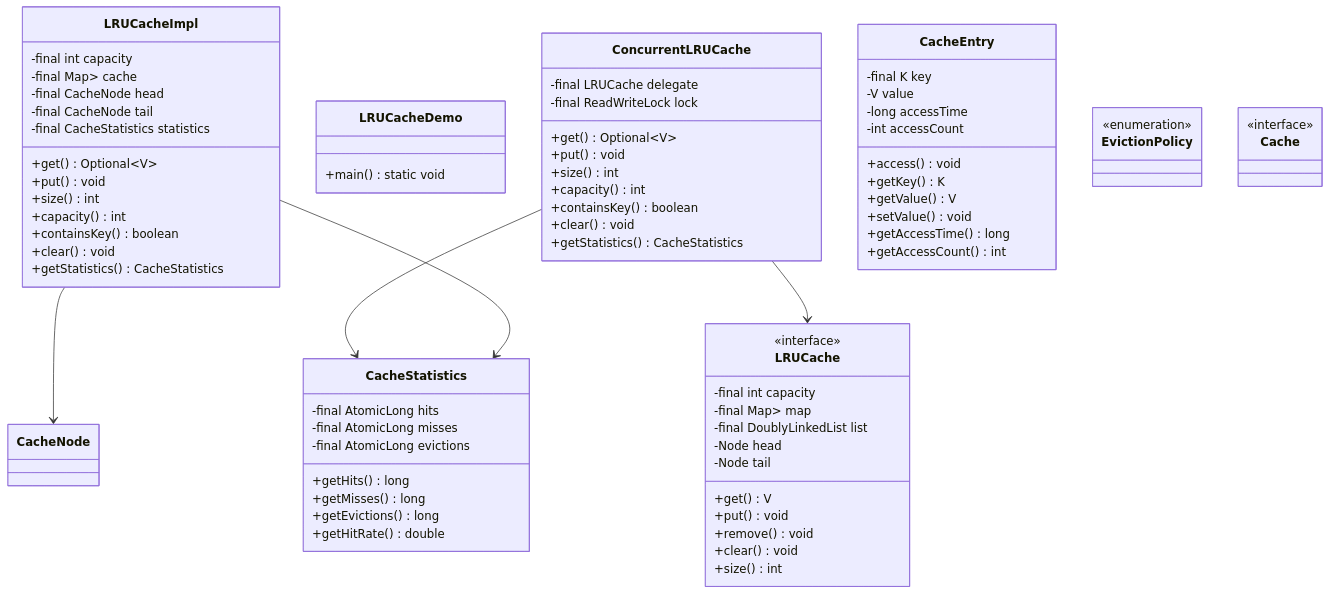
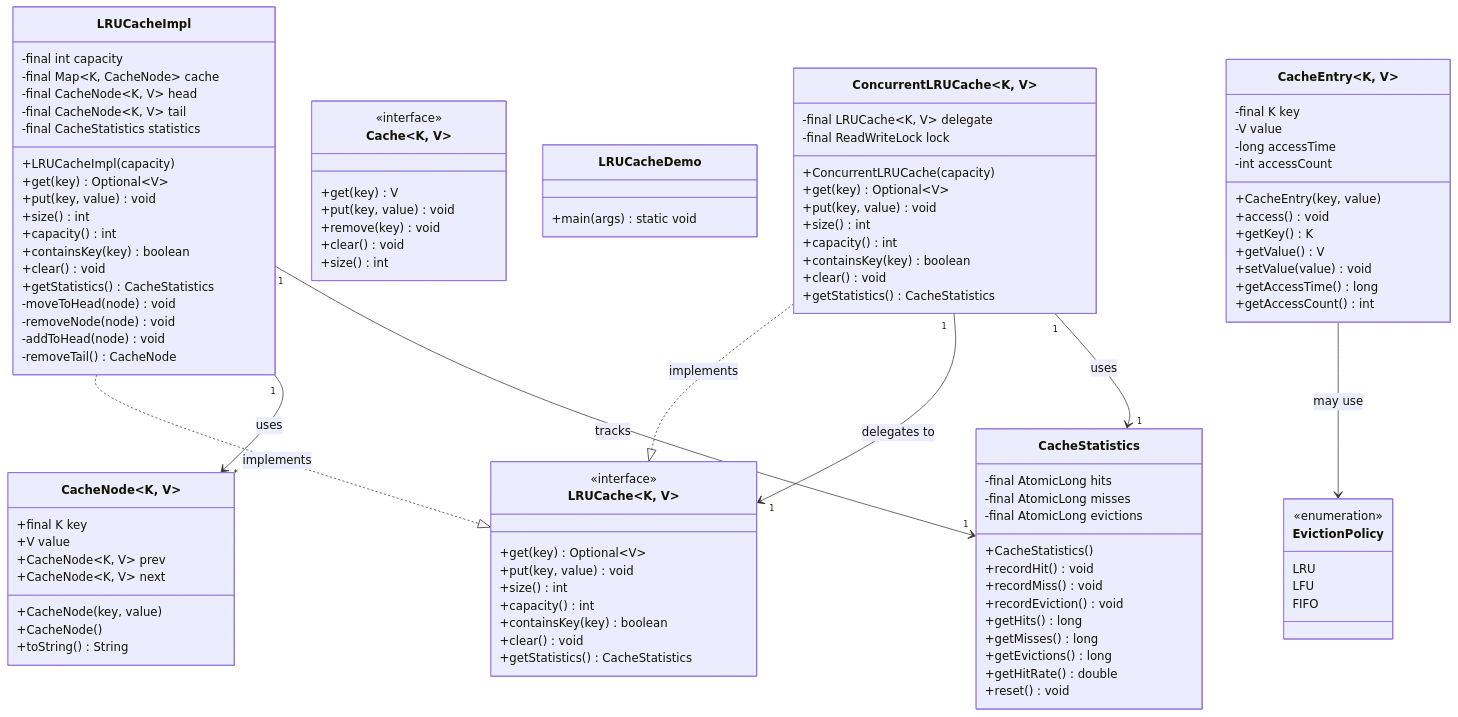
One commit to dlkr18/lld-playbook changed the diagram in docs/problems/lrucache/README.md. Above: the diagram before and after it, drawn with Mermaid. The commit also changed 2 other files, not shown here.

Commit message:
fix: add proper class details to LRU Cache diagram
User issue: 'why is evictionpolicy empty, cache interface not implemented, cachenode empty'

Problem:
- CacheNode showed empty (missing fields: key, value, prev, next)
- EvictionPolicy showed empty (missing values: LRU, LFU, FIFO)
- Cache interface not showing implementation relationships
- Missing 'implements' arrows

Solution:
- Added CacheNode fields: key, value, prev, next
- Added EvictionPolicy enum values: LRU, LFU, FIFO
- Added Cache interface methods: get, put, remove, clear, size
- Added implementation arrows: LRUCacheImpl ..|> LRUCache
- Added composition relationships

Now shows:
✓ CacheNode: 4 fields + 3 methods
✓ EvictionPolicy: 3 enum values (LRU, LFU, FIFO)
✓ Cache interface: 5 methods
✓ LRUCacheImpl implements LRUCache (dashed arrow)
✓ ConcurrentLRUCache implements LRUCache (dashed arrow)
✓ 5 composition relationships

````diff
--- a/docs/problems/lrucache/README.md
+++ b/docs/problems/lrucache/README.md
@@ -89,85 +89,115 @@
 
     class LRUCacheImpl {
         -final int capacity
-        -final Map<K, CacheNode<K, V>> cache
-        -final CacheNode<K, V> head
-        -final CacheNode<K, V> tail
+        -final Map~K, CacheNode~ cache
+        -final CacheNode~K, V~ head
+        -final CacheNode~K, V~ tail
         -final CacheStatistics statistics
-        +get() Optional~V~
-        +put() void
+        +LRUCacheImpl(capacity)
+        +get(key) Optional~V~
+        +put(key, value) void
         +size() int
         +capacity() int
-        +containsKey() boolean
+        +containsKey(key) boolean
+        +clear() void
+        +getStatistics() CacheStatistics
+        -moveToHead(node) void
+        -removeNode(node) void
+        -addToHead(node) void
+        -removeTail() CacheNode
+    }
+
+    class CacheNode~K, V~ {
+        +final K key
+        +V value
+        +CacheNode~K, V~ prev
+        +CacheNode~K, V~ next
+        +CacheNode(key, value)
+        +CacheNode()
+        +toString() String
+    }
+
+    class LRUCache~K, V~ {
+        <<interface>>
+        +get(key) Optional~V~
+        +put(key, value) void
+        +size() int
+        +capacity() int
+        +containsKey(key) boolean
         +clear() void
         +getStatistics() CacheStatistics
     }
 
-    class CacheNode {
+    class Cache~K, V~ {
+        <<interface>>
+        +get(key) V
+        +put(key, value) void
+        +remove(key) void
+        +clear() void
+        +size() int
     }
 
-    class LRUCache
-    <<interface>> LRUCache
-
     class LRUCacheDemo {
-        +main() static void
+        +main(args) static void
     }
 
     class CacheStatistics {
         -final AtomicLong hits
         -final AtomicLong misses
         -final AtomicLong evictions
+        +CacheStatistics()
+        +recordHit() void
+        +recordMiss() void
+        +recordEviction() void
         +getHits() long
         +getMisses() long
         +getEvictions() long
         +getHitRate() double
+        +reset() void
     }
 
-    class ConcurrentLRUCache {
-        -final LRUCache<K, V> delegate
+    class ConcurrentLRUCache~K, V~ {
+        -final LRUCache~K, V~ delegate
         -final ReadWriteLock lock
-        +get() Optional~V~
-        +put() void
+        +ConcurrentLRUCache(capacity)
+        +get(key) Optional~V~
+        +put(key, value) void
         +size() int
         +capacity() int
-        +containsKey() boolean
+        +containsKey(key) boolean
         +clear() void
         +getStatistics() CacheStatistics
     }
 
-    class LRUCache {
-        -final int capacity
-        -final Map<K, Node<K, V>> map
-        -final DoublyLinkedList<K, V> list
-        -Node<K, V> head
-        -Node<K, V> tail
-        +get() V
-        +put() void
-        +remove() void
-        +clear() void
-        +size() int
-    }
-
-    class CacheEntry {
+    class CacheEntry~K, V~ {
         -final K key
         -V value
         -long accessTime
         -int accessCount
+        +CacheEntry(key, value)
         +access() void
         +getKey() K
         +getValue() V
-        +setValue() void
+        +setValue(value) void
         +getAccessTime() long
         +getAccessCount() int
     }
 
-    class EvictionPolicy
-    <<enumeration>> EvictionPolicy
+    class EvictionPolicy {
+        <<enumeration>>
+        LRU
+        LFU
+        FIFO
+    }
 
-    class Cache
-    <<interface>> Cache
+    %% Implementation relationships
+    LRUCacheImpl ..|> LRUCache : implements
+    ConcurrentLRUCache ..|> LRUCache : implements
 
-    ConcurrentLRUCache --> LRUCache
-    ConcurrentLRUCache --> CacheStatistics
-    LRUCacheImpl --> CacheNode
-    LRUCacheImpl --> CacheStatistics
+    %% Composition relationships
+    LRUCacheImpl "1" --> "*" CacheNode : uses
+    LRUCacheImpl "1" --> "1" CacheStatistics : tracks
+    ConcurrentLRUCache "1" --> "1" LRUCache : delegates to
+    ConcurrentLRUCache "1" --> "1" CacheStatistics : uses
+    CacheEntry --> EvictionPolicy : may use
 ```
````
